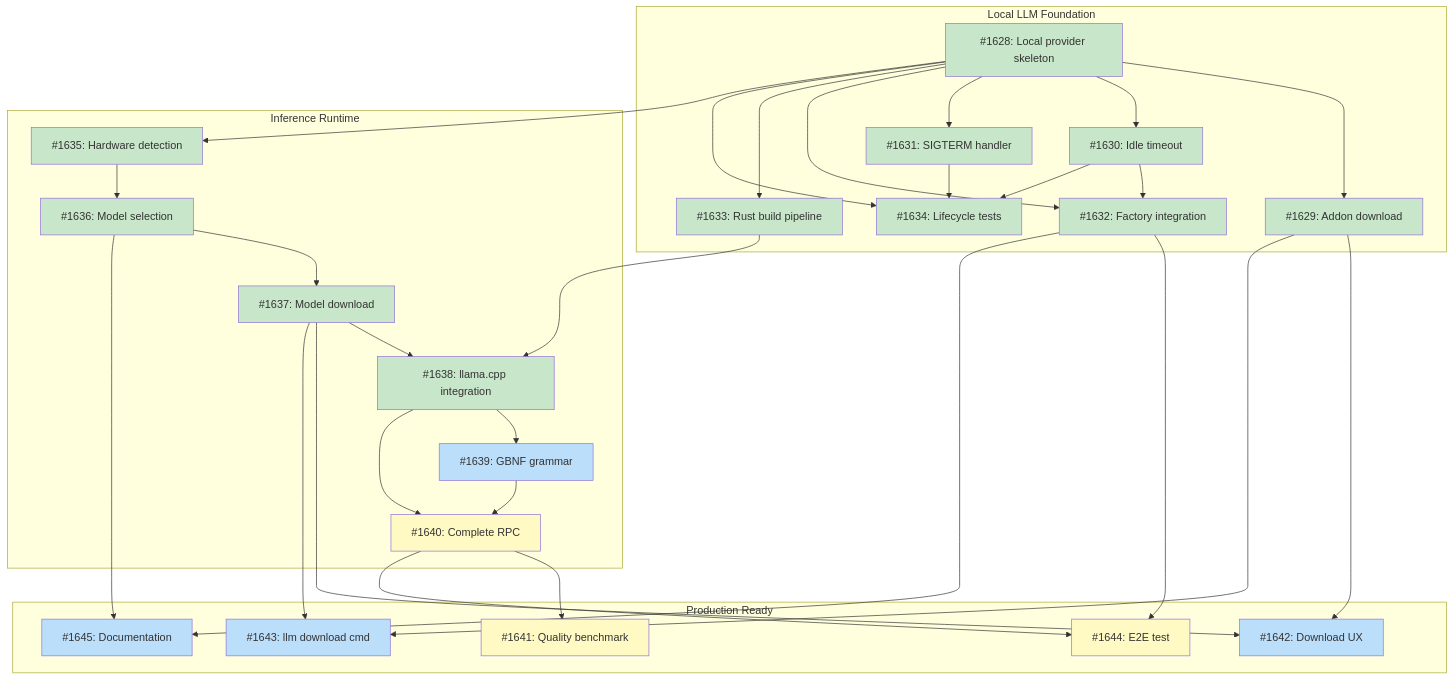
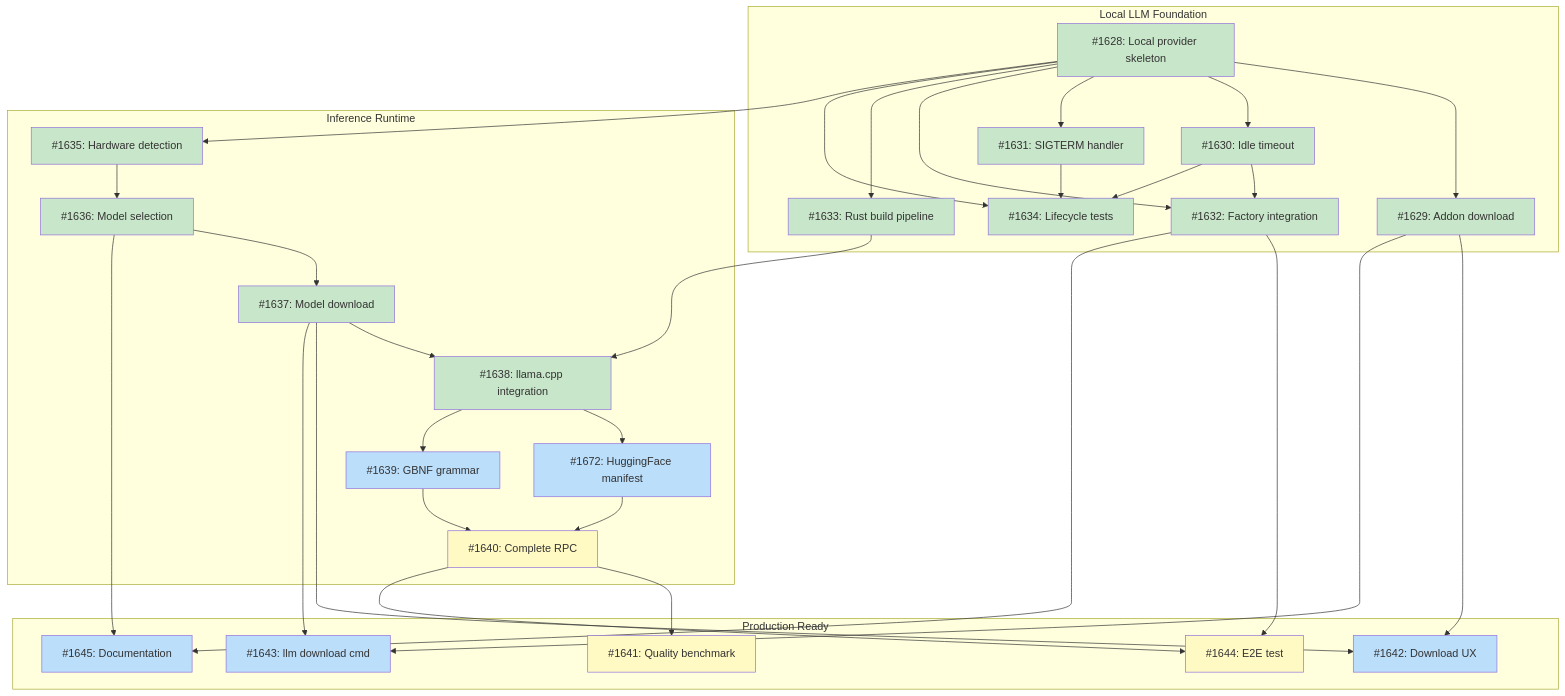
Before and after one commit to tsukumogami/tsuku: the diagram in docs/designs/DESIGN-local-llm-runtime.md, drawn with Mermaid. The commit also changed other lines of this file, not shown here.

Commit message:
docs(llm): add issue #1672 for HuggingFace model manifest
Add missing issue to Inference Runtime milestone that configures the
model manifest with real HuggingFace download URLs instead of the
non-existent cdn.tsuku.dev. This issue bridges #1638 (llama.cpp
integration) and #1640 (Complete RPC wiring).

Updates:
- Add #1672 to issues table with dependencies on #1637, #1638
- Add #1672 to dependency graph (I1672 node in M2)
- Update edges: I1638 --> I1672 --> I1640
- Mark #1672 as ready (dependencies are done)

````diff
--- a/docs/designs/DESIGN-local-llm-runtime.md
+++ b/docs/designs/DESIGN-local-llm-runtime.md
@@ -74,65 +76,67 @@
 ```mermaid
 graph TD
     subgraph M1["Local LLM Foundation"]
         I1628["#1628: Local provider skeleton"]
         I1629["#1629: Addon download"]
         I1630["#1630: Idle timeout"]
         I1631["#1631: SIGTERM handler"]
         I1632["#1632: Factory integration"]
         I1633["#1633: Rust build pipeline"]
         I1634["#1634: Lifecycle tests"]
     end
 
     subgraph M2["Inference Runtime"]
         I1635["#1635: Hardware detection"]
         I1636["#1636: Model selection"]
         I1637["#1637: Model download"]
         I1638["#1638: llama.cpp integration"]
+        I1672["#1672: HuggingFace manifest"]
         I1639["#1639: GBNF grammar"]
         I1640["#1640: Complete RPC"]
     end
 
     subgraph M3["Production Ready"]
         I1641["#1641: Quality benchmark"]
         I1642["#1642: Download UX"]
         I1643["#1643: llm download cmd"]
         I1644["#1644: E2E test"]
         I1645["#1645: Documentation"]
     end
 
     I1628 --> I1629
     I1628 --> I1630
     I1628 --> I1631
     I1628 --> I1632
     I1630 --> I1632
     I1628 --> I1633
     I1628 --> I1634
     I1630 --> I1634
     I1631 --> I1634
     I1628 --> I1635
     I1635 --> I1636
     I1636 --> I1637
     I1633 --> I1638
     I1637 --> I1638
+    I1638 --> I1672
     I1638 --> I1639
-    I1638 --> I1640
+    I1672 --> I1640
     I1639 --> I1640
     I1640 --> I1641
     I1629 --> I1642
     I1637 --> I1642
     I1629 --> I1643
     I1637 --> I1643
     I1640 --> I1644
     I1632 --> I1644
     I1632 --> I1645
     I1636 --> I1645
 
     classDef done fill:#c8e6c9
     classDef ready fill:#bbdefb
     classDef blocked fill:#fff9c4
     classDef needsDesign fill:#e1bee7
 
     class I1628,I1629,I1630,I1631,I1632,I1633,I1634,I1635,I1636,I1637,I1638 done
-    class I1639,I1642,I1643,I1645 ready
+    class I1639,I1672,I1642,I1643,I1645 ready
     class I1640,I1641,I1644 blocked
 ```
````
